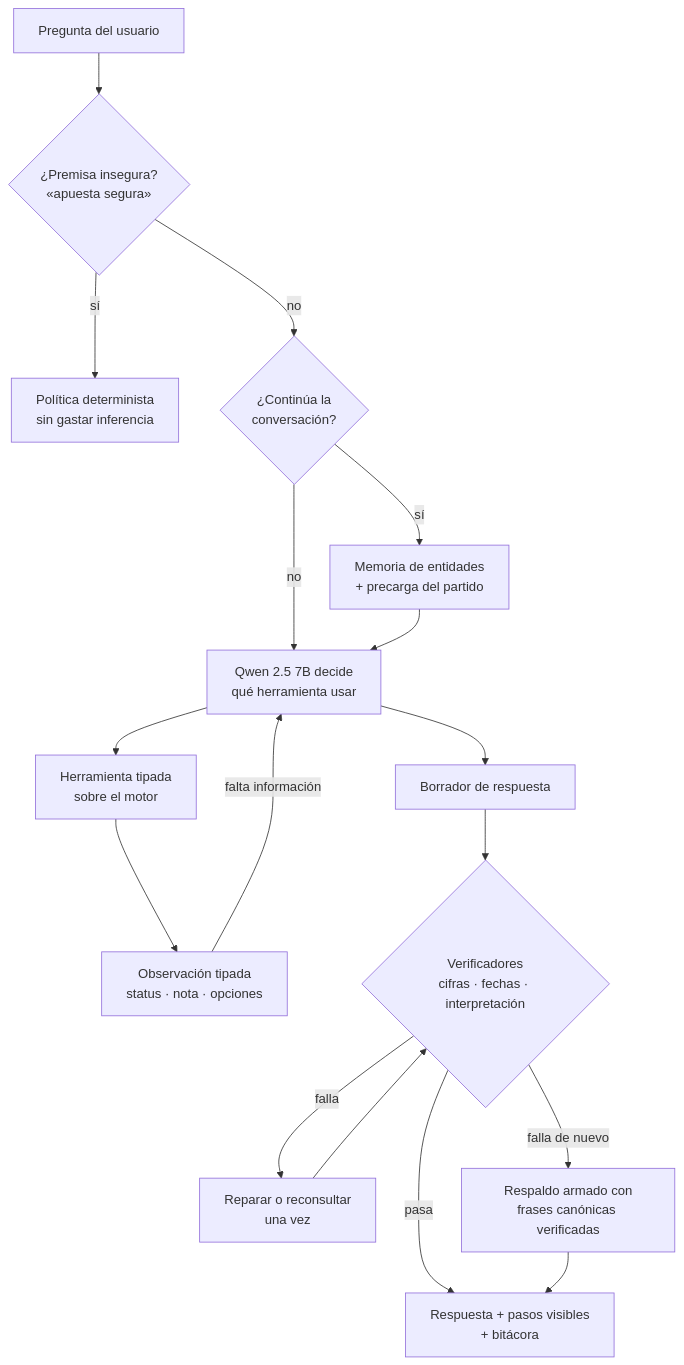
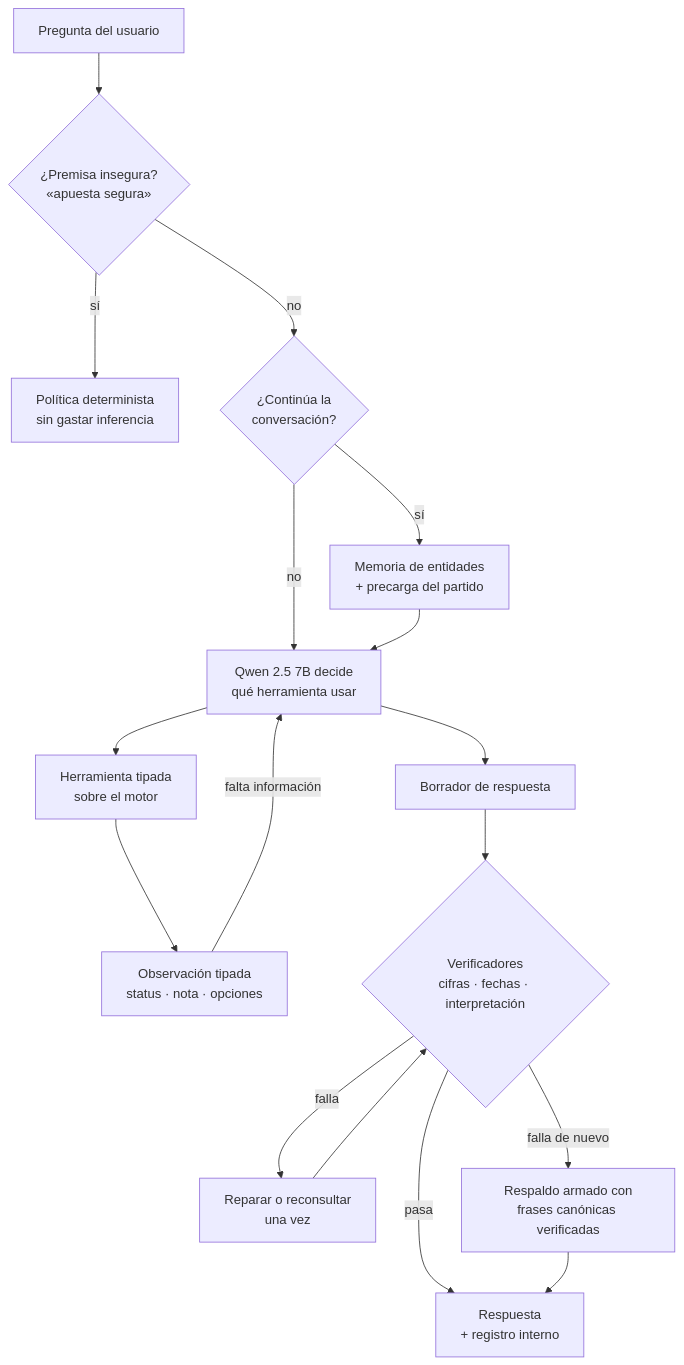
The first of 2 diagrams in README.md (gustavoespi27/Futbol_ML), drawn with Mermaid before and after one commit. The commit also changed other lines of this file and 14 other files, not shown here.

````diff
--- a/README.md
+++ b/README.md
@@ -96,19 +98,19 @@
 ```mermaid
 flowchart TD
   U[Pregunta del usuario] --> P{¿Premisa insegura?<br/>«apuesta segura»}
   P -- sí --> R0[Política determinista<br/>sin gastar inferencia]
   P -- no --> C{¿Continúa la<br/>conversación?}
   C -- sí --> M[Memoria de entidades<br/>+ precarga del partido]
   C -- no --> L
   M --> L[Qwen 2.5 7B decide<br/>qué herramienta usar]
   L --> T[Herramienta tipada<br/>sobre el motor]
   T --> O[Observación tipada<br/>status · nota · opciones]
   O -- falta información --> L
   L --> D[Borrador de respuesta]
   D --> V{Verificadores<br/>cifras · fechas · interpretación}
   V -- falla --> RP[Reparar o reconsultar<br/>una vez]
   RP --> V
   V -- falla de nuevo --> FB[Respaldo armado con<br/>frases canónicas verificadas]
-  V -- pasa --> OK[Respuesta + pasos visibles<br/>+ bitácora]
+  V -- pasa --> OK[Respuesta<br/>+ registro interno]
   FB --> OK
 ```
````
